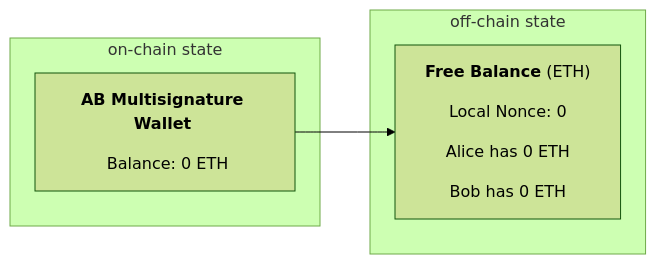
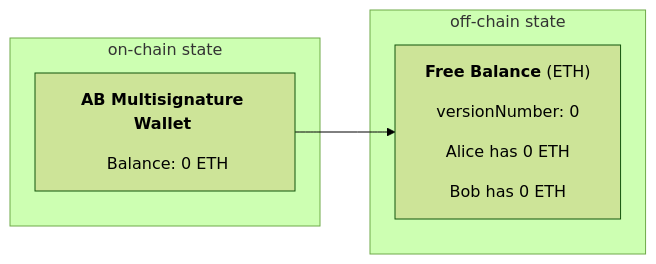
One commit to counterfactual/monorepo changed the diagram in packages/specs/source/diagrams/setup-protocol-state.mmd. Above: the diagram before and after it, drawn with Mermaid (forest theme). The commit also changed 72 other files, not shown here.

Commit message:
Replace nonce with versionNumber

```diff
--- a/packages/specs/source/diagrams/setup-protocol-state.mmd
+++ b/packages/specs/source/diagrams/setup-protocol-state.mmd
@@ -1,8 +1,8 @@
 graph LR
   ms-->fb
   subgraph off-chain state
-    fb["<b>Free Balance</b> (ETH) <pre></pre> Local Nonce: 0 <pre></pre> Alice has 0 ETH <pre></pre> Bob has 0 ETH"]
+    fb["<b>Free Balance</b> (ETH) <pre></pre> versionNumber: 0 <pre></pre> Alice has 0 ETH <pre></pre> Bob has 0 ETH"]
   end
   subgraph on-chain state
     ms["<b>AB Multisignature Wallet</b> <pre></pre> Balance: 0 ETH"]
   end
```
